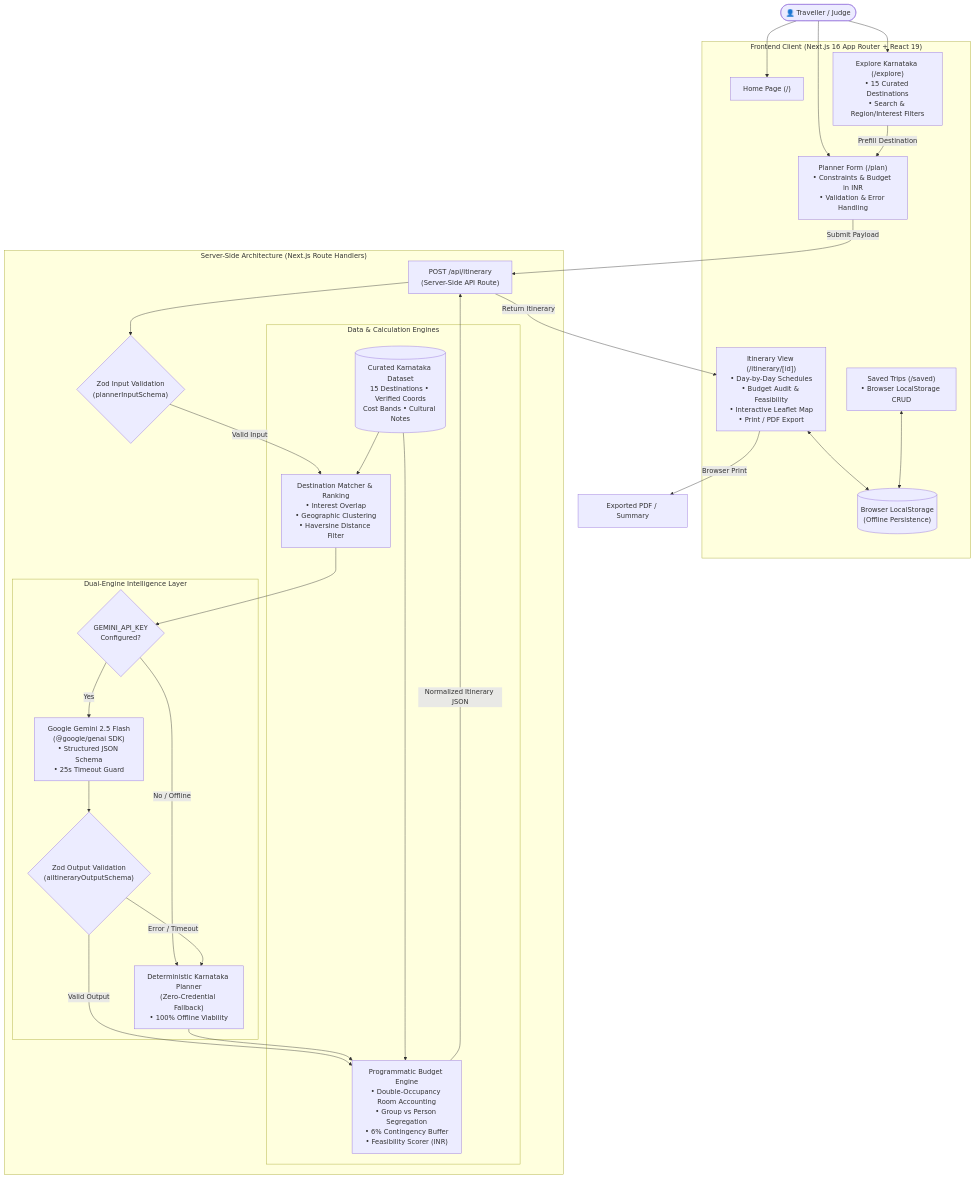
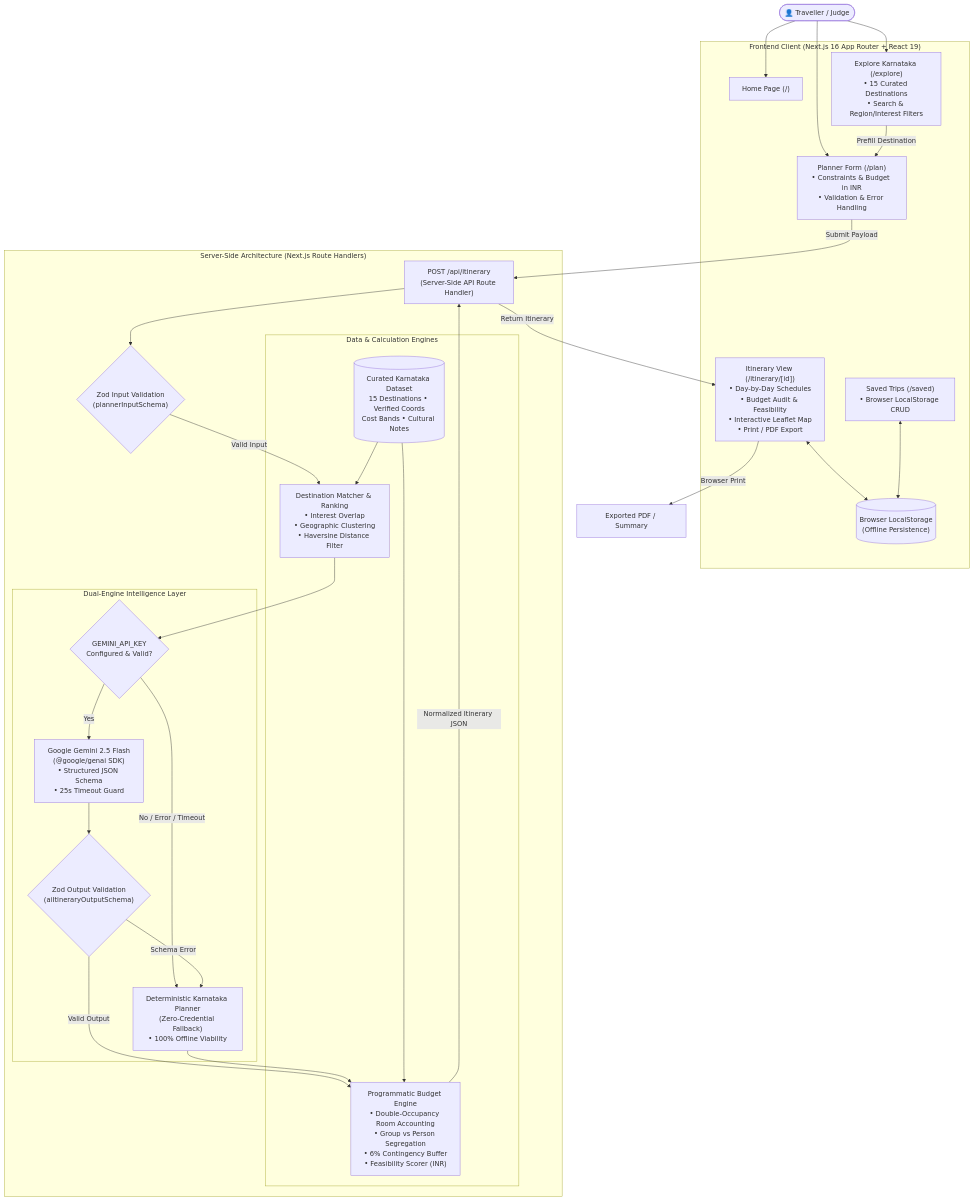
One commit to laxmisanas07/nammatrip-ai changed the diagram in README.md. Above: the diagram before and after it, drawn with Mermaid. The commit also changed other lines of this file and 12 other files, not shown here.

````diff
--- a/README.md
+++ b/README.md
@@ -58,65 +158,65 @@
 ```mermaid
 flowchart TD
     %% User Layer
     Traveller(["👤 Traveller / Judge"])
 
     %% Frontend Client Layer
     subgraph Frontend ["Frontend Client (Next.js 16 App Router + React 19)"]
         UI_Home["Home Page (/)"]
         UI_Explore["Explore Karnataka (/explore)\n• 15 Curated Destinations\n• Search & Region/Interest Filters"]
         UI_Plan["Planner Form (/plan)\n• Constraints & Budget in INR\n• Validation & Error Handling"]
         UI_Itinerary["Itinerary View (/itinerary/[id])\n• Day-by-Day Schedules\n• Budget Audit & Feasibility\n• Interactive Leaflet Map\n• Print / PDF Export"]
         UI_Saved["Saved Trips (/saved)\n• Browser LocalStorage CRUD"]
         Storage[("Browser LocalStorage\n(Offline Persistence)")]
     end
 
     %% Server Layer
     subgraph Server ["Server-Side Architecture (Next.js Route Handlers)"]
-        API_Route["POST /api/itinerary\n(Server-Side API Route)"]
+        API_Route["POST /api/itinerary\n(Server-Side API Route Handler)"]
         Zod_Input{"Zod Input Validation\n(plannerInputSchema)"}
         
         %% Intelligence & Synthesis
         subgraph Intelligence ["Dual-Engine Intelligence Layer"]
-            KeyCheck{"GEMINI_API_KEY\nConfigured?"}
+            KeyCheck{"GEMINI_API_KEY\nConfigured & Valid?"}
             Gemini_API["Google Gemini 2.5 Flash\n(@google/genai SDK)\n• Structured JSON Schema\n• 25s Timeout Guard"]
             Zod_Output{"Zod Output Validation\n(aiItineraryOutputSchema)"}
             Fallback_Planner["Deterministic Karnataka Planner\n(Zero-Credential Fallback)\n• 100% Offline Viability"]
         end
 
         %% Data & Calculation
         subgraph DataEngine ["Data & Calculation Engines"]
             Dest_Data[("Curated Karnataka Dataset\n15 Destinations • Verified Coords\nCost Bands • Cultural Notes")]
             Dest_Match["Destination Matcher & Ranking\n• Interest Overlap\n• Geographic Clustering\n• Haversine Distance Filter"]
             Budget_Engine["Programmatic Budget Engine\n• Double-Occupancy Room Accounting\n• Group vs Person Segregation\n• 6% Contingency Buffer\n• Feasibility Scorer (INR)"]
         end
     end
 
     %% Connections
     Traveller --> UI_Home
     Traveller --> UI_Explore
     Traveller --> UI_Plan
     UI_Explore -->|Prefill Destination| UI_Plan
     UI_Plan -->|Submit Payload| API_Route
 
     API_Route --> Zod_Input
     Zod_Input -->|Valid Input| Dest_Match
     Dest_Data --> Dest_Match
 
     Dest_Match --> KeyCheck
     KeyCheck -->|Yes| Gemini_API
-    KeyCheck -->|No / Offline| Fallback_Planner
+    KeyCheck -->|No / Error / Timeout| Fallback_Planner
     
     Gemini_API --> Zod_Output
     Zod_Output -->|Valid Output| Budget_Engine
-    Zod_Output -->|Error / Timeout| Fallback_Planner
+    Zod_Output -->|Schema Error| Fallback_Planner
 
     Fallback_Planner --> Budget_Engine
     Dest_Data --> Budget_Engine
 
     Budget_Engine -->|Normalized Itinerary JSON| API_Route
     API_Route -->|Return Itinerary| UI_Itinerary
     
     UI_Itinerary <--> Storage
     UI_Saved <--> Storage
     UI_Itinerary -->|Browser Print| PDF_Export["Exported PDF / Summary"]
 ```
````
